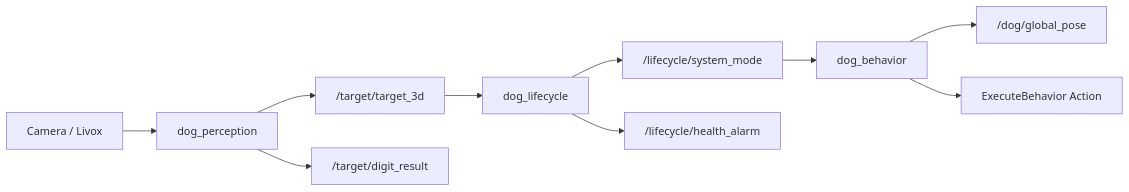
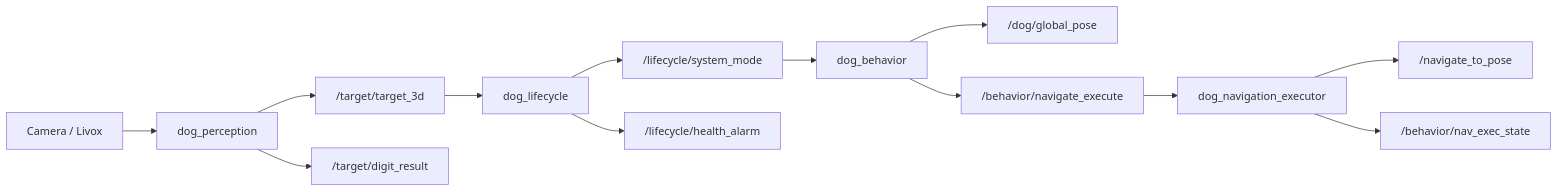
One commit to Phoenix-064/Dog changed the diagram in README.md. Above: the diagram before and after it, drawn with Mermaid. The commit also changed other lines of this file and 15 other files, not shown here.

```diff
--- a/README.md
+++ b/README.md
@@ -122,12 +125,15 @@
 ~~~mermaid
 flowchart LR
   A[Camera / Livox] --> B[dog_perception]
   B --> C["/target/target_3d"]
   B --> D["/target/digit_result"]
   C --> E[dog_lifecycle]
   E --> F["/lifecycle/system_mode"]
   E --> G["/lifecycle/health_alarm"]
   F --> H[dog_behavior]
   H --> I["/dog/global_pose"]
-  H --> J[ExecuteBehavior Action]
+  H --> J["/behavior/navigate_execute"]
+  J --> K[dog_navigation_executor]
+  K --> L["/navigate_to_pose"]
+  K --> M["/behavior/nav_exec_state"]
 ~~~
```
